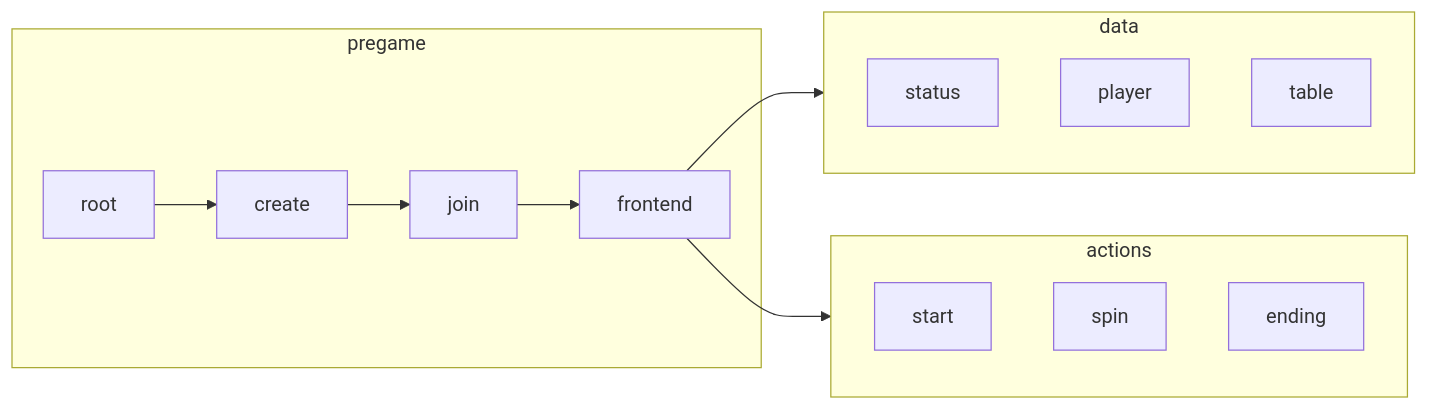
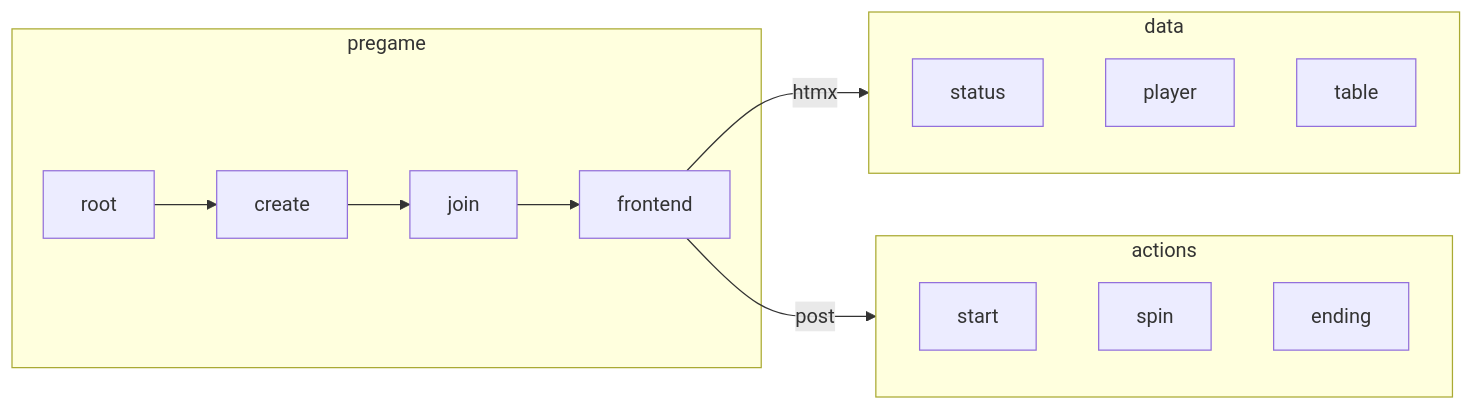
One commit to grackleclub/rulette changed the second of 2 diagrams in README.md. Above: the diagram before and after it, drawn with Mermaid.

Commit message:
more tweaks

````diff
--- a/README.md
+++ b/README.md
@@ -38,24 +38,24 @@
 ```mermaid
 flowchart LR
 
   subgraph pregame
     root --> create
     create --> join
     join --> frontend
   end
 
   subgraph data
     status
     player
     table
   end
 
   subgraph actions
     start
     spin
     ending
   end
 
-  frontend --> data
-  frontend --> actions
+  frontend -->|htmx| data
+  frontend -->|post| actions
 ```
````
